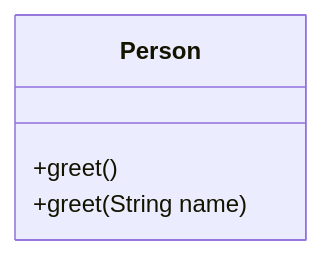
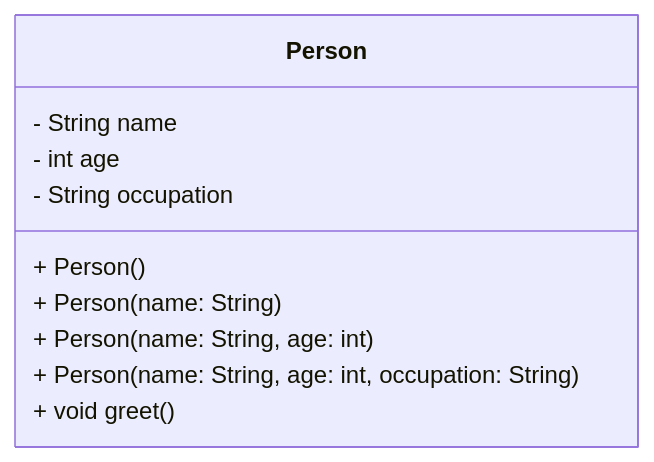
The second of 3 diagrams in slides/E1.1 - Java From Functions to Classes.md (nbicocchi/learn-java-core), drawn with Mermaid before and after one commit. The commit also changed 1 other file, not shown here.

````diff
--- a/slides/E1.1 - Java From Functions to Classes.md
+++ b/slides/E1.1 - Java From Functions to Classes.md
@@ -337,5 +337,13 @@
 ```mermaid
 classDiagram
-    Person: +greet()
-    Person: +greet(String name)
+  class Person {
+    - String name
+    - int age
+    - String occupation
+    + Person()
+    + Person(name: String)
+    + Person(name: String, age: int)
+    + Person(name: String, age: int, occupation: String)
+    + void greet()
+  }
 ```
````
